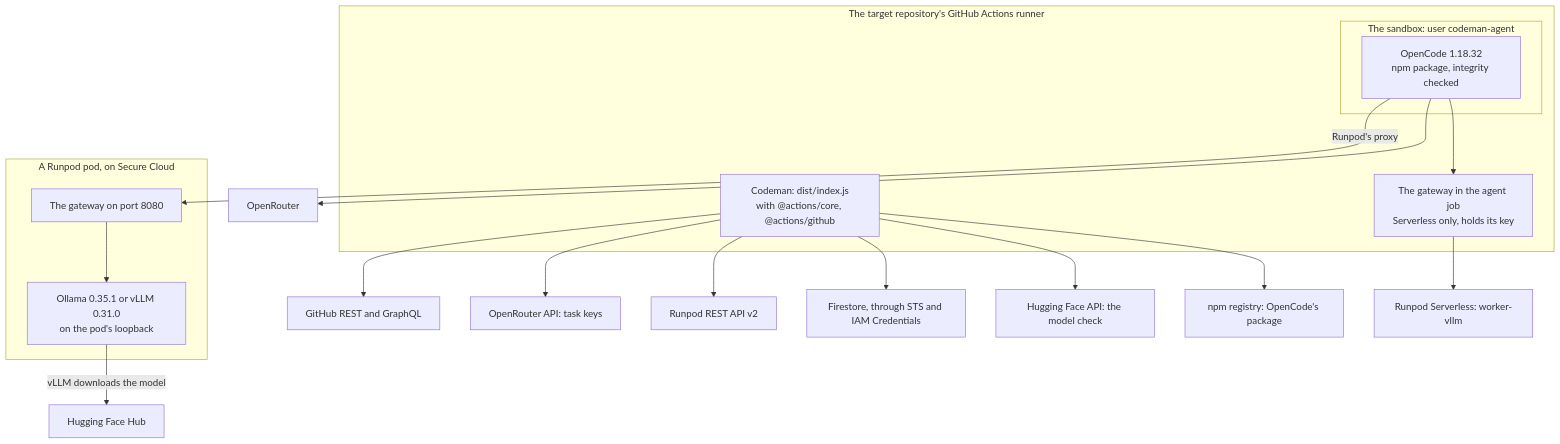
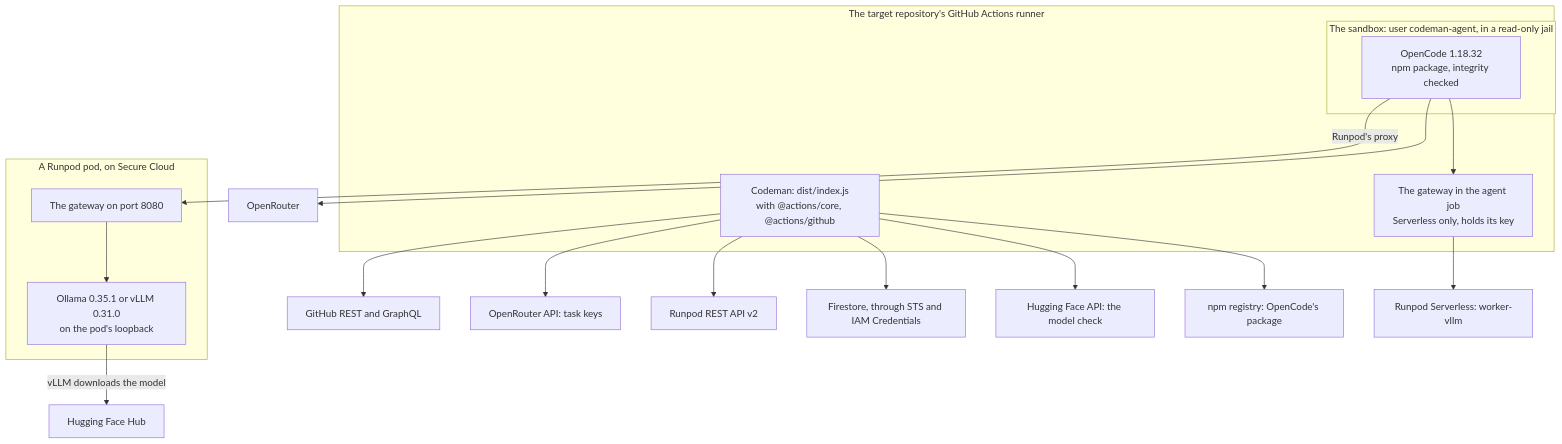
One commit to codenergy-dev/codeman changed the diagram in docs/development/dependencies.md. Above: the diagram before and after it, drawn with Mermaid. The commit also changed other lines of this file and 12 other files, not shown here.

First line of the commit message:
Jail the agent in a read-only mount namespace

````diff
--- a/docs/development/dependencies.md
+++ b/docs/development/dependencies.md
@@ -42,24 +43,24 @@
 ```mermaid
 flowchart TB
   subgraph Runner["The target repository's GitHub Actions runner"]
     A["Codeman: dist/index.js<br/>with @actions/core, @actions/github"]
     G1["The gateway in the agent job<br/>Serverless only, holds its key"]
-    subgraph Sandbox["The sandbox: user codeman-agent"]
+    subgraph Sandbox["The sandbox: user codeman-agent, in a read-only jail"]
       O["OpenCode 1.18.32<br/>npm package, integrity checked"]
     end
   end
   subgraph Pod["A Runpod pod, on Secure Cloud"]
     G2["The gateway on port 8080"]
     E["Ollama 0.35.1 or vLLM 0.31.0<br/>on the pod's loopback"]
   end
   A --> GH["GitHub REST and GraphQL"]
   A --> ORK["OpenRouter API: task keys"]
   A --> RP["Runpod REST API v2"]
   A --> FS["Firestore, through STS and IAM Credentials"]
   A --> HF1["Hugging Face API: the model check"]
   A --> NPM["npm registry: OpenCode's package"]
   O --> OR["OpenRouter"]
   O --> G1 --> W["Runpod Serverless: worker-vllm"]
   O -->|"Runpod's proxy"| G2 --> E
   E -->|"vLLM downloads the model"| HF2["Hugging Face Hub"]
 ```
````
